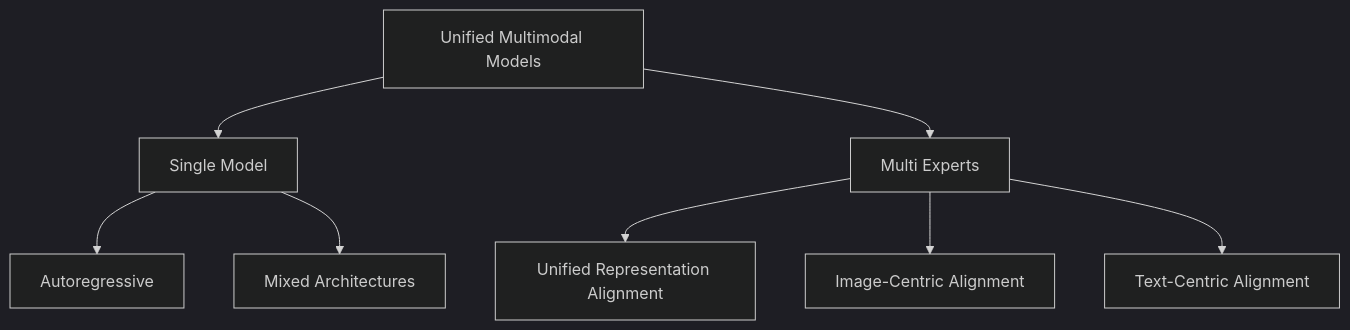
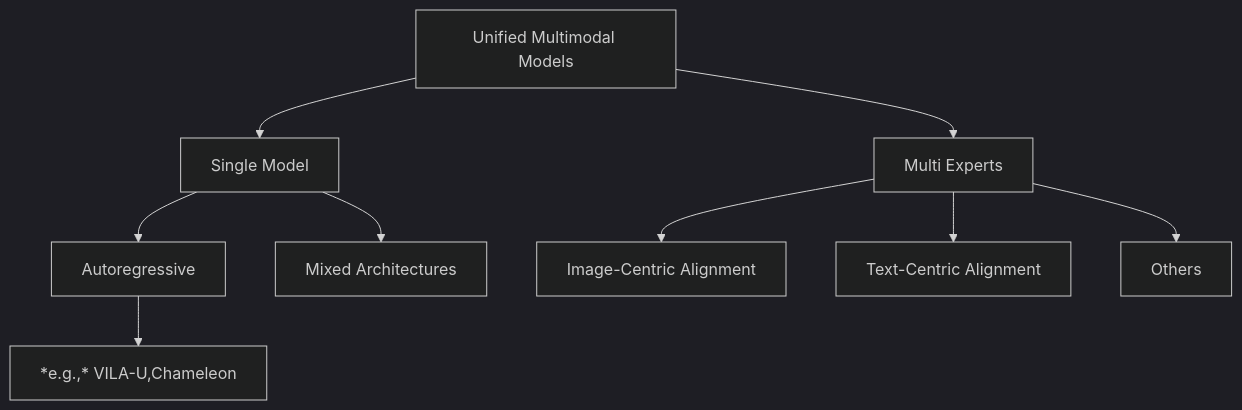
The first of 2 diagrams in _posts/2025-04-28-unified-models.md (sungsoo-ahn/2025), drawn with Mermaid (dark theme) before and after one commit. The commit also changed other lines of this file and 1 other file, not shown here.

Commit message:
2025-04-28-unified-models

```diff
--- a/_posts/2025-04-28-unified-models.md
+++ b/_posts/2025-04-28-unified-models.md
@@ -137,13 +137,15 @@
 {% mermaid %}
 graph TD
     A[Unified Multimodal Models]
     A --> B[Single Model]
     A --> C[Multi Experts]
     
     B --> D[Autoregressive]
     B --> E[Mixed Architectures]
+
+    D --> D1[*e.g.,* VILA-U,Chameleon <d-cite key="chameleon2024"></d-cite>]
     
-    C --> F[Unified Representation Alignment]
-    C --> G[Image-Centric Alignment]
-    C --> H[Text-Centric Alignment]
+    C --> F[Image-Centric Alignment]
+    C --> G[Text-Centric Alignment]
+    C --> H[Others]
 {% endmermaid %}
```
